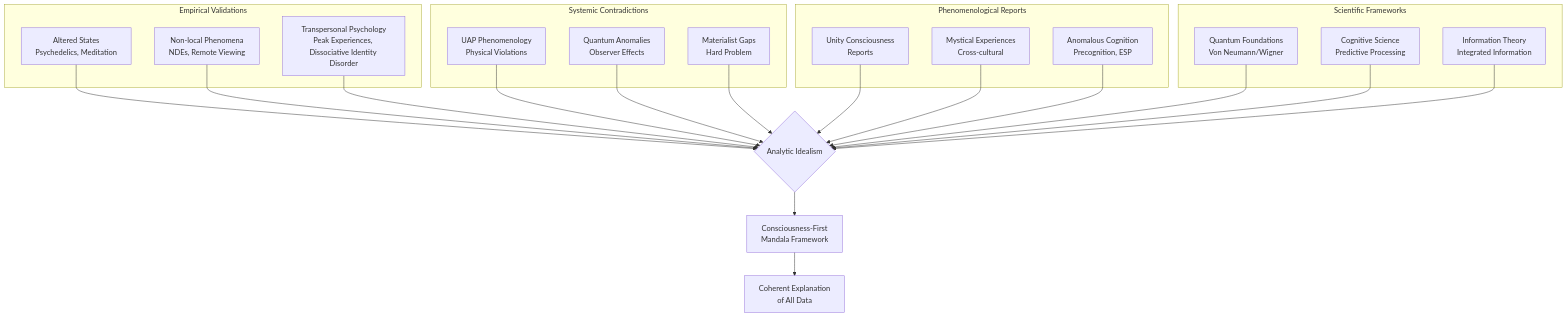
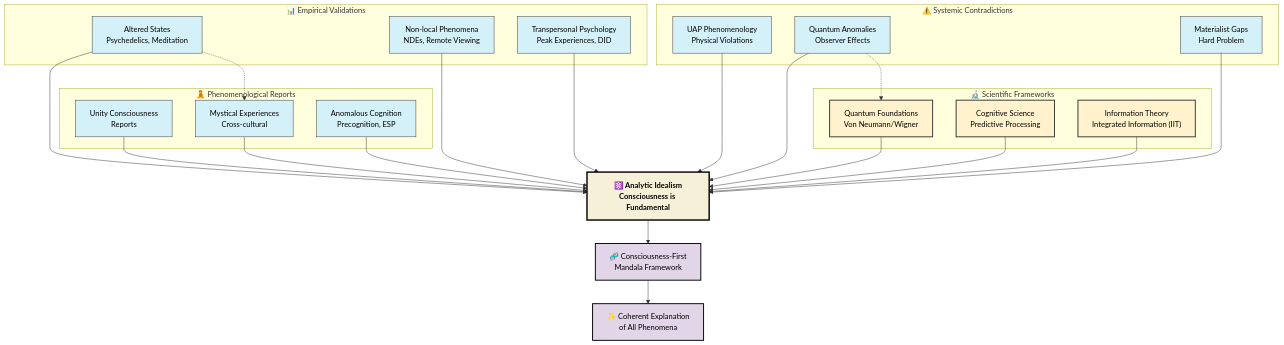
Before and after one commit to ravaioli/solarpunk-mandala: the first of 22 diagrams in framework/core-model/01-ontology-analytic-idealism.md, drawn with Mermaid.

Commit message:
Revise mermaid diagram for ontology analytic idealism
Updated the mermaid diagram to include empirical validations, systemic contradictions, phenomenological reports, and scientific frameworks with appropriate styling.

````diff
--- a/framework/core-model/01-ontology-analytic-idealism.md
+++ b/framework/core-model/01-ontology-analytic-idealism.md
@@ -276,42 +276,53 @@
 ```mermaid
 graph TD
-    subgraph "Empirical Validations"
-        A1["Altered States<br>Psychedelics, Meditation"]
-        A2["Non-local Phenomena<br>NDEs, Remote Viewing"]
-        A3["Transpersonal Psychology<br>Peak Experiences, Dissociative Identity Disorder"]
+    %% Styles
+    classDef evidence fill:#d4f1f9,stroke:#333,stroke-width:1px,color:black, r:20px;
+    classDef framework fill:#fff2cc,stroke:#333,stroke-width:2px,color:black, r:15px;
+    classDef core fill:#f5f0d7,stroke:#000,stroke-width:3px,color:black, r:30px, font-weight:bold;
+    classDef outcome fill:#e1d5e7,stroke:#000,stroke-width:2px,color:black, r:15px;
+
+    %% Empirical Validations (Evidence)
+    subgraph EV [📊 Empirical Validations]
+        A1["Altered States<br>Psychedelics, Meditation"]:::evidence
+        A2["Non-local Phenomena<br>NDEs, Remote Viewing"]:::evidence
+        A3["Transpersonal Psychology<br>Peak Experiences, DID"]:::evidence
     end
-    
-    subgraph "Systemic Contradictions"
-        B1["UAP Phenomenology<br>Physical Violations"]
-        B2["Quantum Anomalies<br>Observer Effects"]
-        B3["Materialist Gaps<br>Hard Problem"]
+
+    %% Systemic Contradictions (Evidence)
+    subgraph SC [⚠️ Systemic Contradictions]
+        B1["UAP Phenomenology<br>Physical Violations"]:::evidence
+        B2["Quantum Anomalies<br>Observer Effects"]:::evidence
+        B3["Materialist Gaps<br>Hard Problem"]:::evidence
     end
-    
-    subgraph "Phenomenological Reports"
-        C1["Unity Consciousness<br>Reports"]
-        C2["Mystical Experiences<br>Cross-cultural"]
-        C3["Anomalous Cognition<br>Precognition, ESP"]
+
+    %% Phenomenological Reports (Evidence)
+    subgraph PR [🧘 Phenomenological Reports]
+        C1["Unity Consciousness<br>Reports"]:::evidence
+        C2["Mystical Experiences<br>Cross-cultural"]:::evidence
+        C3["Anomalous Cognition<br>Precognition, ESP"]:::evidence
     end
-    
-    subgraph "Scientific Frameworks"
-        D1["Quantum Foundations<br>Von Neumann/Wigner"]
-        D2["Cognitive Science<br>Predictive Processing"]
-        D3["Information Theory<br>Integrated Information"]
+
+    %% Scientific Frameworks (Frameworks)
+    subgraph SF [🔬 Scientific Frameworks]
+        D1["Quantum Foundations<br>Von Neumann/Wigner"]:::framework
+        D2["Cognitive Science<br>Predictive Processing"]:::framework
+        D3["Information Theory<br>Integrated Information (IIT)"]:::framework
     end
-    
-    A1 --> E{Analytic Idealism}
-    A2 --> E
-    A3 --> E
-    B1 --> E
-    B2 --> E
-    B3 --> E
-    C1 --> E
-    C2 --> E
-    C3 --> E
-    D1 --> E
-    D2 --> E
-    D3 --> E
-    
-    E --> F["Consciousness-First<br>Mandala Framework"]
-    F --> G["Coherent Explanation<br>of All Data"]
+
+    %% Core and Outcome
+    E["⚛️ Analytic Idealism<br>Consciousness is Fundamental"]:::core
+    F["🧬 Consciousness-First<br>Mandala Framework"]:::outcome
+    G["✨ Coherent Explanation<br>of All Phenomena"]:::outcome
+
+    %% Connections
+    A1 & A2 & A3 --> E
+    B1 & B2 & B3 --> E
+    C1 & C2 & C3 --> E
+    D1 & D2 & D3 --> E
+
+    E --> F --> G
+
+    %% Optional: Add a subtle link between related evidence types
+    A1 -.-> C2
+    B2 -.-> D1
 ```
````
